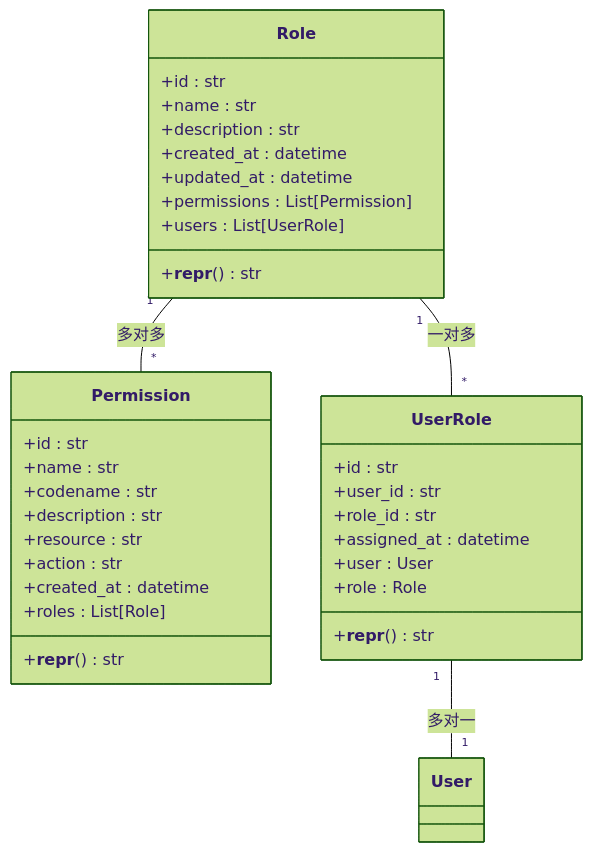
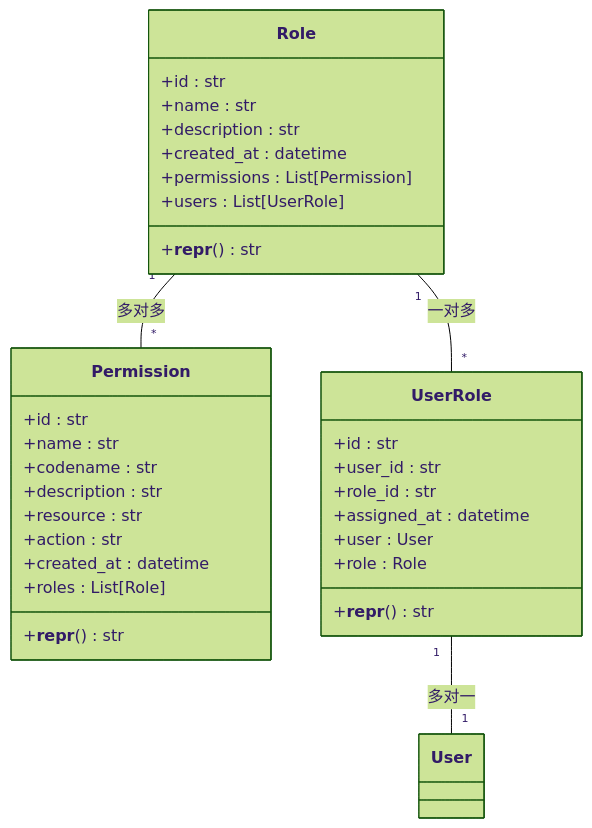
One commit to taoweidong/Hello-FastApi changed the third of 8 diagrams in .qoder/repowiki/zh/content/数据模型设计/RBAC实体模型.md. Above: the diagram before and after it, drawn with Mermaid (forest theme). The commit also changed other lines of this file and 11 other files, not shown here.

````diff
--- a/.qoder/repowiki/zh/content/数据模型设计/RBAC实体模型.md
+++ b/.qoder/repowiki/zh/content/数据模型设计/RBAC实体模型.md
@@ -154,36 +156,35 @@
 ```mermaid
 classDiagram
 class Role {
 +id : str
 +name : str
 +description : str
 +created_at : datetime
-+updated_at : datetime
 +permissions : List[Permission]
 +users : List[UserRole]
 +__repr__() str
 }
 class Permission {
 +id : str
 +name : str
 +codename : str
 +description : str
 +resource : str
 +action : str
 +created_at : datetime
 +roles : List[Role]
 +__repr__() str
 }
 class UserRole {
 +id : str
 +user_id : str
 +role_id : str
 +assigned_at : datetime
 +user : User
 +role : Role
 +__repr__() str
 }
 Role "1" -- "*" Permission : 多对多
 Role "1" -- "*" UserRole : 一对多
 UserRole "1" -- "1" User : 多对一
 ```
````
